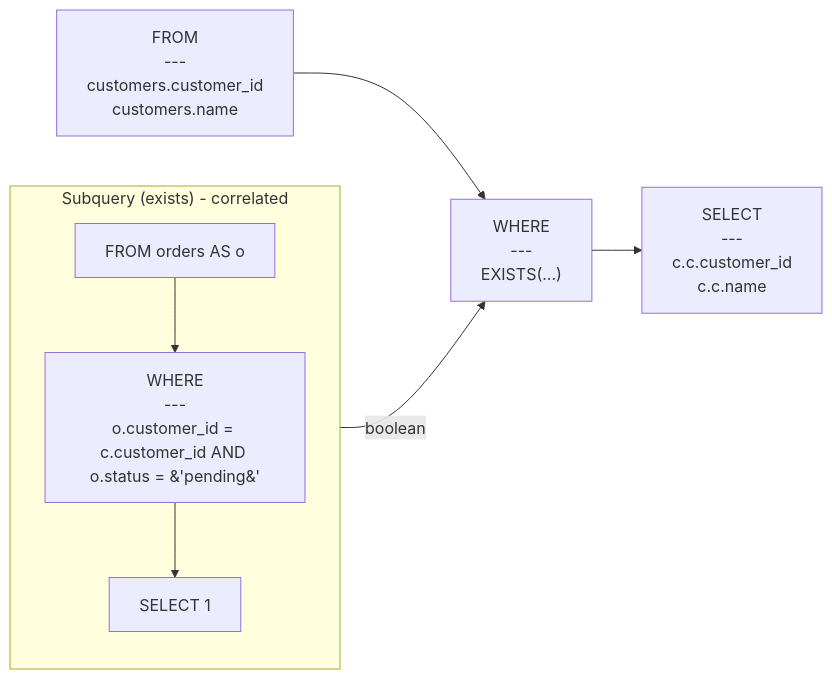
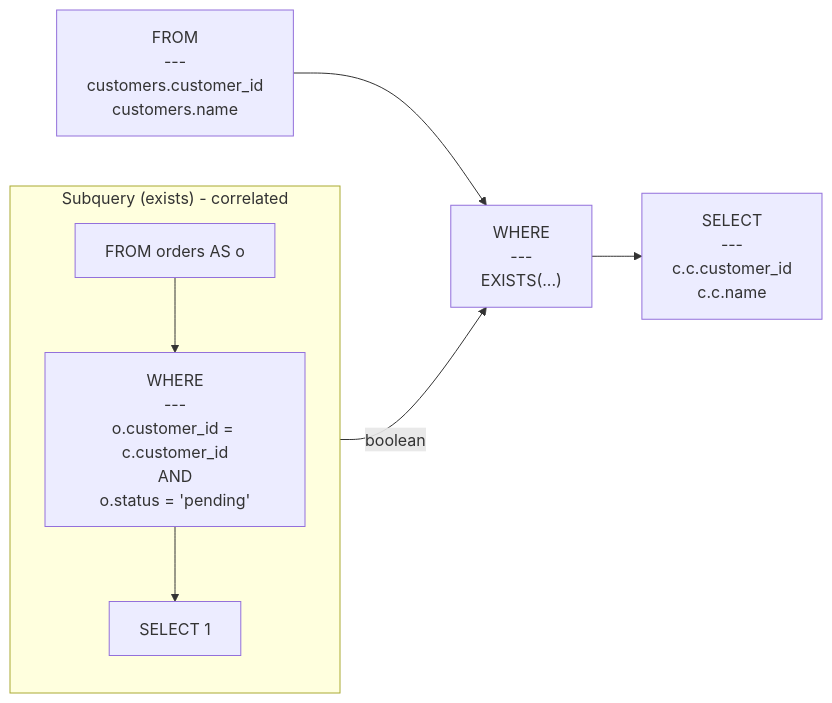
One commit to rot1024/sqloflow changed the diagram in examples/subquery_exists.mmd. Above: the diagram before and after it, drawn with Mermaid. The commit also changed 76 other files, not shown here.

```diff
--- a/examples/subquery_exists.mmd
+++ b/examples/subquery_exists.mmd
@@ -1,15 +1,15 @@
 flowchart LR
     node_0["FROM<br/>---<br/>customers.customer_id<br/>customers.name"]
     node_1["WHERE<br/>---<br/>EXISTS(...)"]
     subgraph subquery_node_2 ["Subquery (exists) - correlated"]
         direction TB
         subq_0_node_0[FROM orders AS o]
-        subq_0_node_1["WHERE<br/>---<br/>o.customer_id = c.customer_id AND o.status = &#39;pending&#39;"]
+        subq_0_node_1["WHERE<br/>---<br/>o.customer_id = c.customer_id<br/>AND<br/>o.status = 'pending'"]
         subq_0_node_2["SELECT 1"]
         subq_0_node_0 --> subq_0_node_1
         subq_0_node_1 --> subq_0_node_2
     end
     subq_0_node_2 -->|boolean| node_1
     node_3["SELECT<br/>---<br/>c.c.customer_id<br/>c.c.name"]
     node_0 --> node_1
     node_1 --> node_3
```
